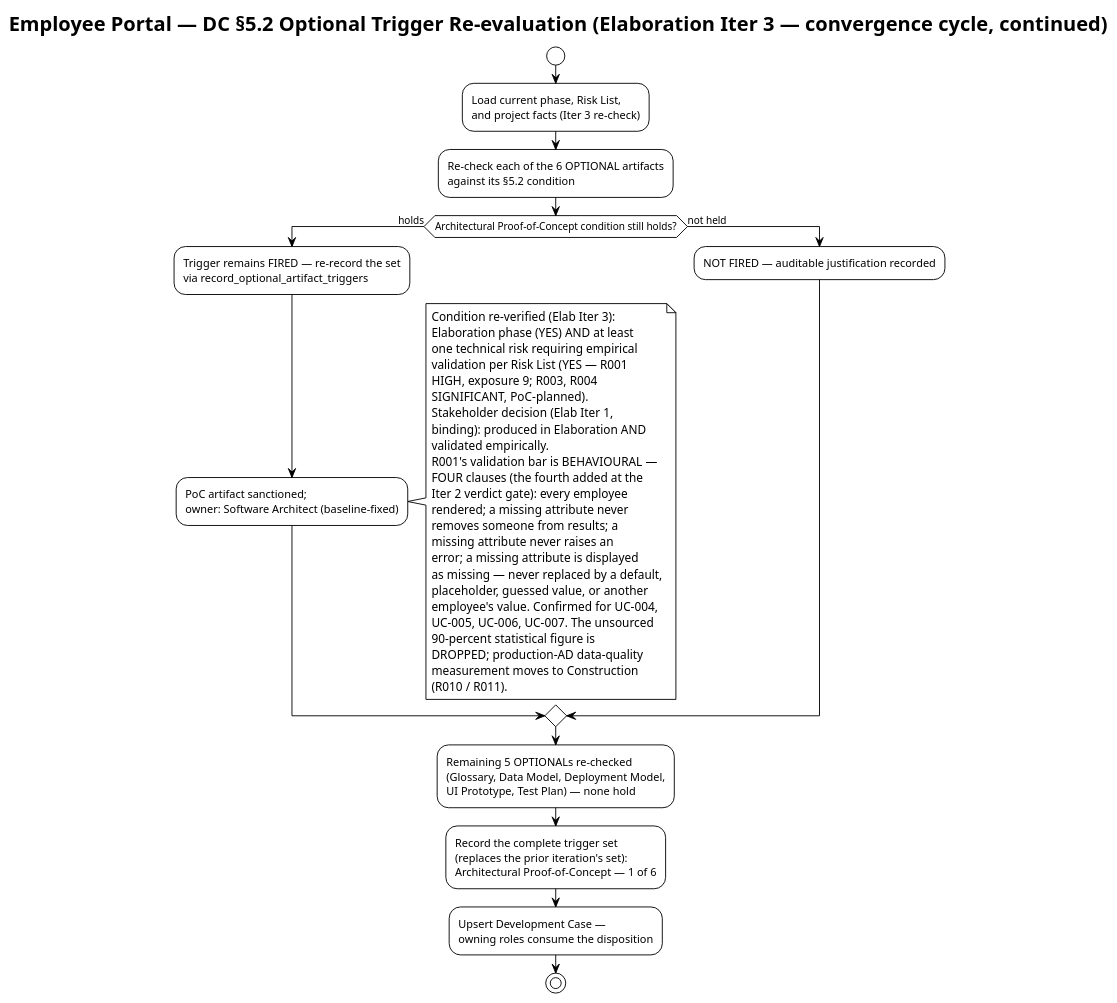
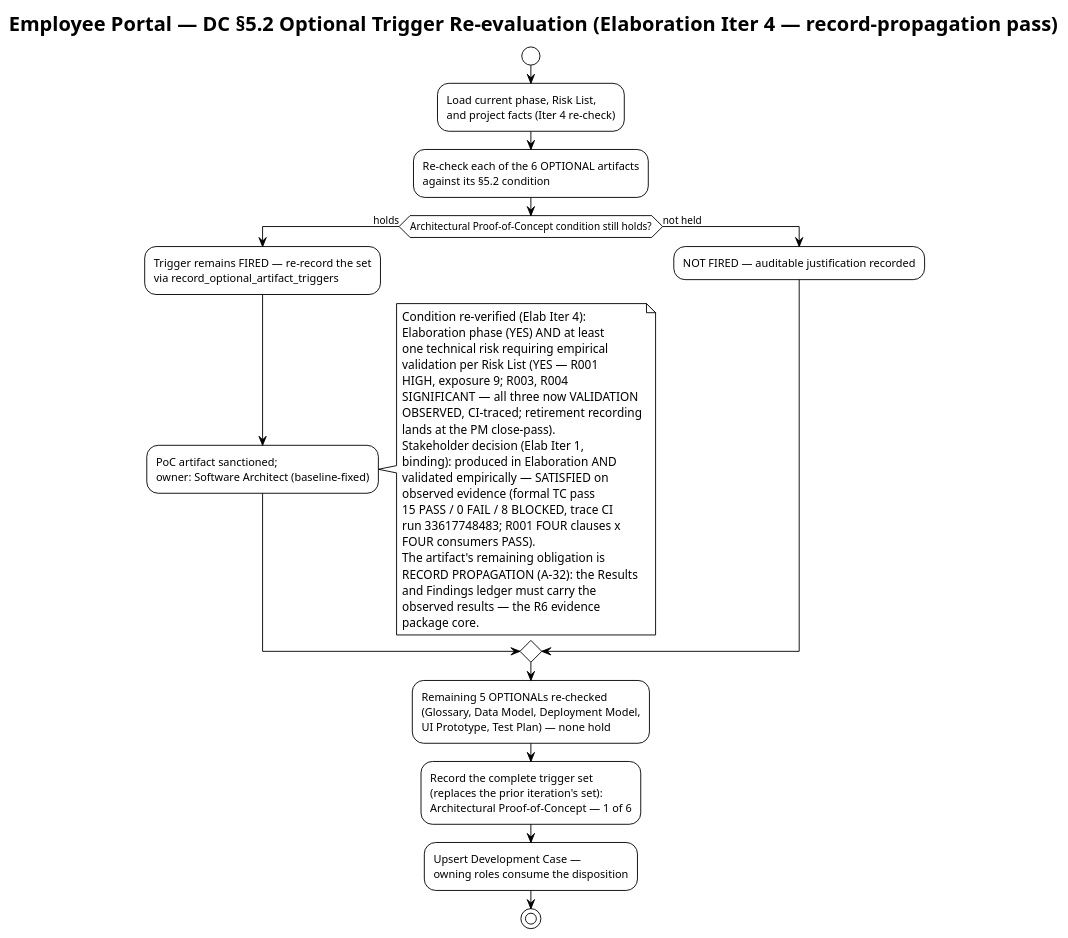
The second of 4 diagrams in docs/artifacts/environment/development-case.md (banense-test/employee-portal), drawn with PlantUML before and after one commit. The commit also changed other lines of this file, not shown here.

````diff
--- a/docs/artifacts/environment/development-case.md
+++ b/docs/artifacts/environment/development-case.md
@@ -140,53 +138,49 @@
 ```plantuml
 @startuml
 !theme plain
-title Employee Portal — DC §5.2 Optional Trigger Re-evaluation (Elaboration Iter 3 — convergence cycle, continued)
+title Employee Portal — DC §5.2 Optional Trigger Re-evaluation (Elaboration Iter 4 — record-propagation pass)
 
 start
 :Load current phase, Risk List,
-and project facts (Iter 3 re-check);
+and project facts (Iter 4 re-check);
 :Re-check each of the 6 OPTIONAL artifacts
 against its §5.2 condition;
 if (Architectural Proof-of-Concept condition still holds?) then (holds)
   :Trigger remains FIRED — re-record the set\nvia record_optional_artifact_triggers;
   :PoC artifact sanctioned;\nowner: Software Architect (baseline-fixed);
   note right
-    Condition re-verified (Elab Iter 3):
+    Condition re-verified (Elab Iter 4):
     Elaboration phase (YES) AND at least
     one technical risk requiring empirical
     validation per Risk List (YES — R001
     HIGH, exposure 9; R003, R004
-    SIGNIFICANT, PoC-planned).
+    SIGNIFICANT — all three now VALIDATION
+    OBSERVED, CI-traced; retirement recording
+    lands at the PM close-pass).
     Stakeholder decision (Elab Iter 1,
     binding): produced in Elaboration AND
-    validated empirically.
-    R001's validation bar is BEHAVIOURAL —
-    FOUR clauses (the fourth added at the
-    Iter 2 verdict gate): every employee
-    rendered; a missing attribute never
-    removes someone from results; a
-    missing attribute never raises an
-    error; a missing attribute is displayed
-    as missing — never replaced by a default,
-    placeholder, guessed value, or another
-    employee's value. Confirmed for UC-004,
-    UC-005, UC-006, UC-007. The unsourced
-    90-percent statistical figure is
-    DROPPED; production-AD data-quality
-    measurement moves to Construction
-    (R010 / R011).
+    validated empirically — SATISFIED on
+    observed evidence (formal TC pass
+    15 PASS / 0 FAIL / 8 BLOCKED, trace CI
+    run 33617748483; R001 FOUR clauses x
+    FOUR consumers PASS).
+    The artifact's remaining obligation is
+    RECORD PROPAGATION (A-32): the Results
+    and Findings ledger must carry the
+    observed results — the R6 evidence
+    package core.
   end note
 else (not held)
   :NOT FIRED — auditable justification recorded;
 endif
 :Remaining 5 OPTIONALs re-checked
 (Glossary, Data Model, Deployment Model,
 UI Prototype, Test Plan) — none hold;
 :Record the complete trigger set
 (replaces the prior iteration's set):
 Architectural Proof-of-Concept — 1 of 6;
 :Upsert Development Case —
 owning roles consume the disposition;
 stop
 @enduml
 ```
````
